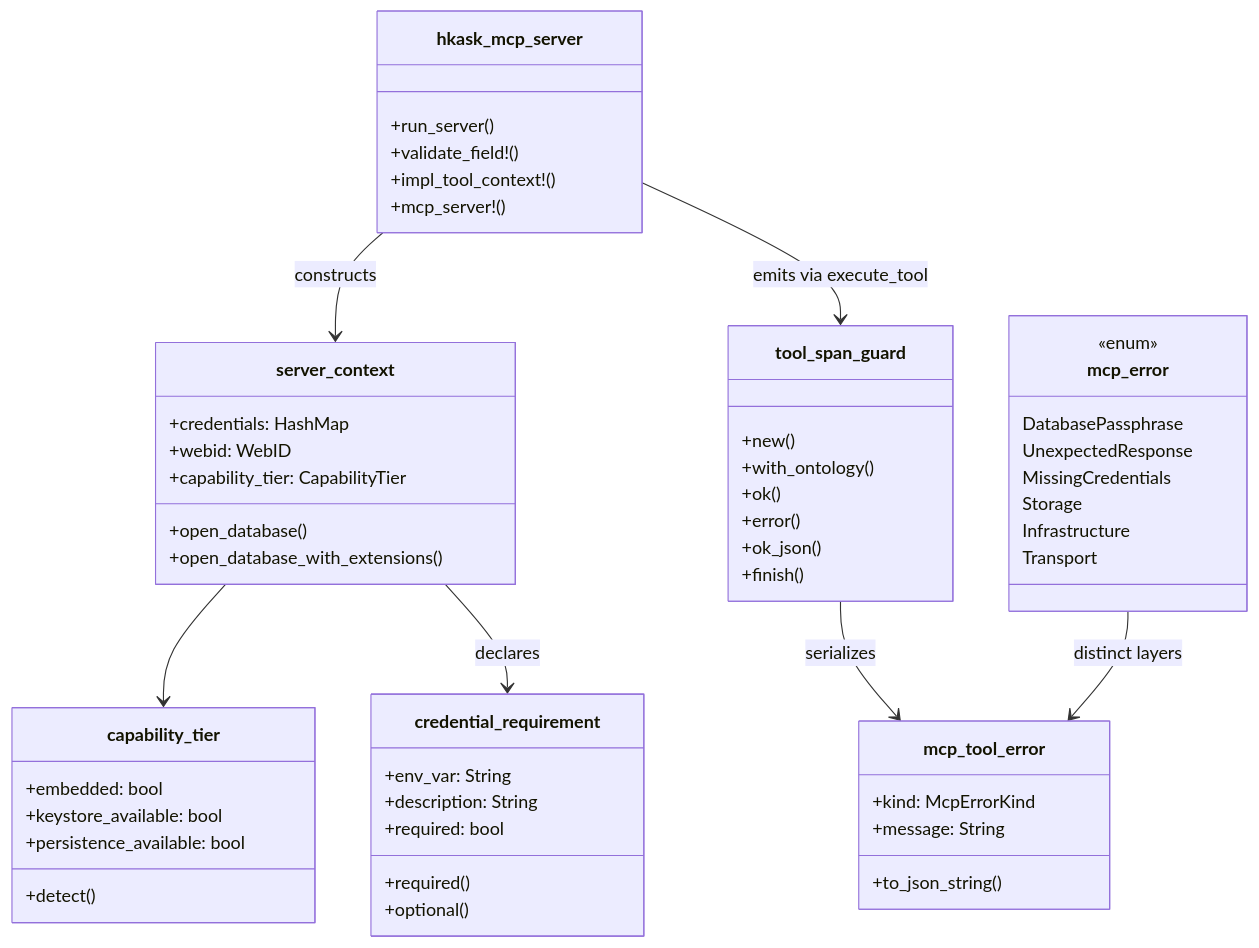
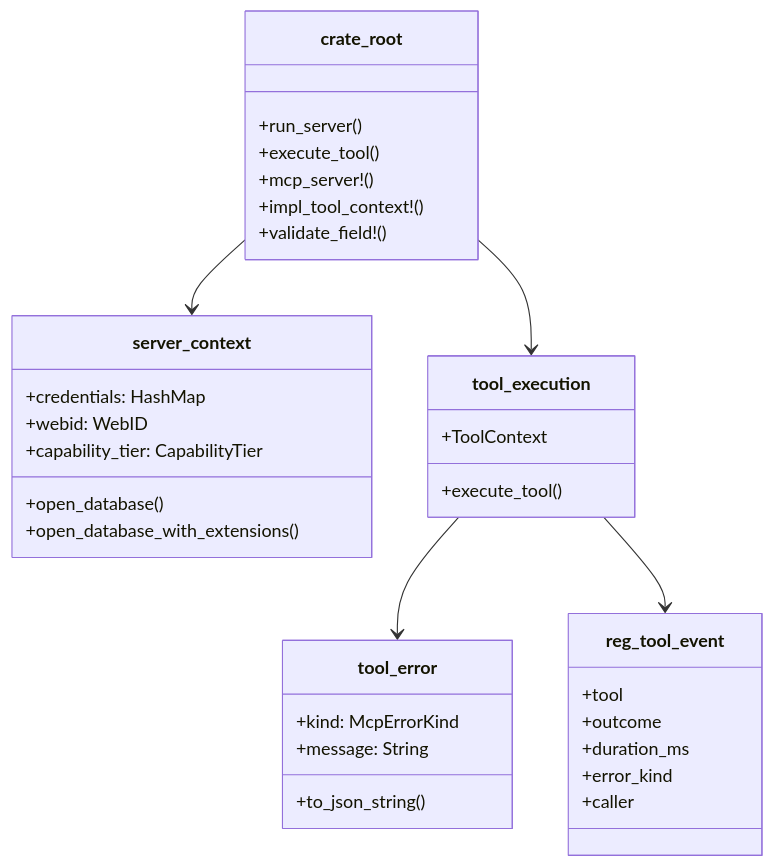
Before and after one commit to mdz-axo/zed-kask: the diagram in kask/docs/diataxis/hkask-mcp-server/reference.md, drawn with Mermaid. The commit also changed other lines of this file and 8 other files, not shown here.

````diff
--- a/kask/docs/diataxis/hkask-mcp-server/reference.md
+++ b/kask/docs/diataxis/hkask-mcp-server/reference.md
@@ -20,57 +19,38 @@
 ```mermaid
 classDiagram
-    class hkask_mcp_server {
+    class crate_root {
         +run_server()
+        +execute_tool()
+        +mcp_server!()
+        +impl_tool_context!()
         +validate_field!()
-        +impl_tool_context!()
-        +mcp_server!()
     }
     class server_context {
         +credentials: HashMap
         +webid: WebID
         +capability_tier: CapabilityTier
         +open_database()
         +open_database_with_extensions()
     }
-    class capability_tier {
-        +embedded: bool
-        +keystore_available: bool
-        +persistence_available: bool
-        +detect()
+    class tool_execution {
+        +ToolContext
+        +execute_tool()
     }
-    class credential_requirement {
-        +env_var: String
-        +description: String
-        +required: bool
-        +required()
-        +optional()
-    }
-    class tool_span_guard {
-        +new()
-        +with_ontology()
-        +ok()
-        +error()
-        +ok_json()
-        +finish()
-    }
-    class mcp_error {
-        <<enum>>
-        DatabasePassphrase
-        UnexpectedResponse
-        MissingCredentials
-        Storage
-        Infrastructure
-        Transport
-    }
-    class mcp_tool_error {
+    class tool_error {
         +kind: McpErrorKind
         +message: String
         +to_json_string()
     }
-    hkask_mcp_server --> server_context : constructs
-    server_context --> capability_tier
-    server_context --> credential_requirement : declares
-    hkask_mcp_server --> tool_span_guard : emits via execute_tool
-    tool_span_guard --> mcp_tool_error : serializes
-    mcp_error --> mcp_tool_error : distinct layers
+    class reg_tool_event {
+        +tool
+        +outcome
+        +duration_ms
+        +error_kind
+        +caller
+    }
+
+    crate_root --> server_context
+    crate_root --> tool_execution
+    tool_execution --> tool_error
+    tool_execution --> reg_tool_event
 ```
````
